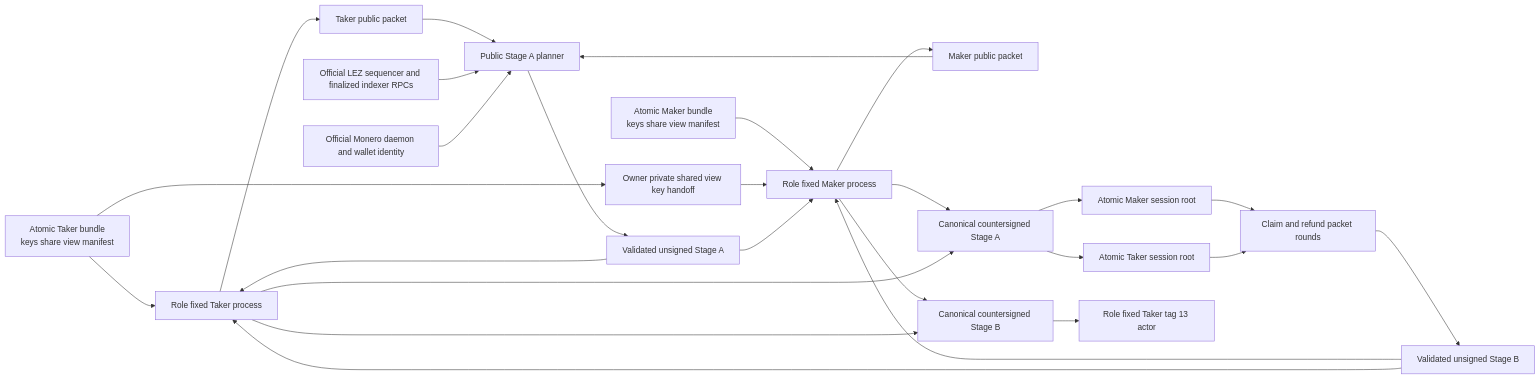
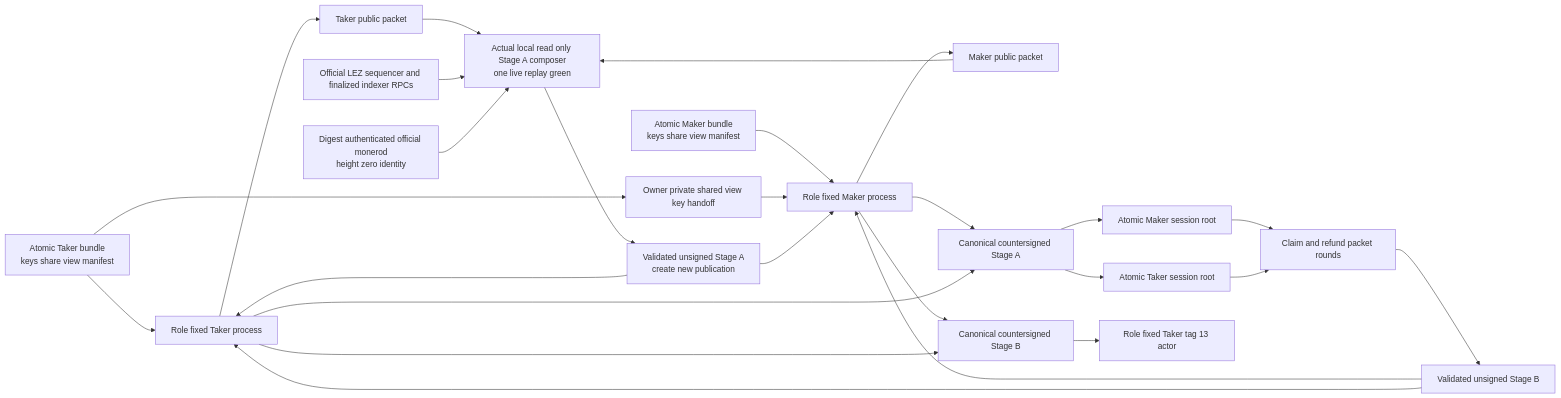
Before and after one commit to gateway-fm/lez-atomic-swaps: the first of 2 diagrams in docs/architecture/0073-compose-xmr-stage-material-through-role-journals.md, drawn with Mermaid. The commit also changed other lines of this file and 18 other files, not shown here.

Commit message:
feat(m4): compose stage a against local nodes

````diff
--- a/docs/architecture/0073-compose-xmr-stage-material-through-role-journals.md
+++ b/docs/architecture/0073-compose-xmr-stage-material-through-role-journals.md
@@ -70,28 +75,28 @@
 ```mermaid
 flowchart LR
     TakerPrivate["Atomic Taker bundle<br/>keys share view manifest"] --> TakerProc["Role fixed Taker process"]
     MakerPrivate["Atomic Maker bundle<br/>keys share view manifest"] --> MakerProc["Role fixed Maker process"]
     TakerProc --> TakerPublic["Taker public packet"]
     MakerProc --> MakerPublic["Maker public packet"]
     TakerPrivate --> ViewKey["Owner private shared view key handoff"]
     ViewKey --> MakerProc
-    TakerPublic --> Planner["Public Stage A planner"]
+    TakerPublic --> Planner["Actual local read only Stage A composer<br/>one live replay green"]
     MakerPublic --> Planner
     LezRpc["Official LEZ sequencer and finalized indexer RPCs"] --> Planner
-    MoneroRpc["Official Monero daemon and wallet identity"] --> Planner
-    Planner --> UnsignedA["Validated unsigned Stage A"]
+    MoneroRpc["Digest authenticated official monerod<br/>height zero identity"] --> Planner
+    Planner --> UnsignedA["Validated unsigned Stage A<br/>create new publication"]
     UnsignedA --> MakerProc
     UnsignedA --> TakerProc
     MakerProc --> Agreement["Canonical countersigned Stage A"]
     TakerProc --> Agreement
     Agreement --> MakerSessions["Atomic Maker session root"]
     Agreement --> TakerSessions["Atomic Taker session root"]
     MakerSessions --> Sessions["Claim and refund packet rounds"]
     TakerSessions --> Sessions
     Sessions --> UnsignedB["Validated unsigned Stage B"]
     UnsignedB --> MakerProc
     UnsignedB --> TakerProc
     MakerProc --> Activation["Canonical countersigned Stage B"]
     TakerProc --> Activation
     Activation --> Tag13["Role fixed Taker tag 13 actor"]
 ```
````
